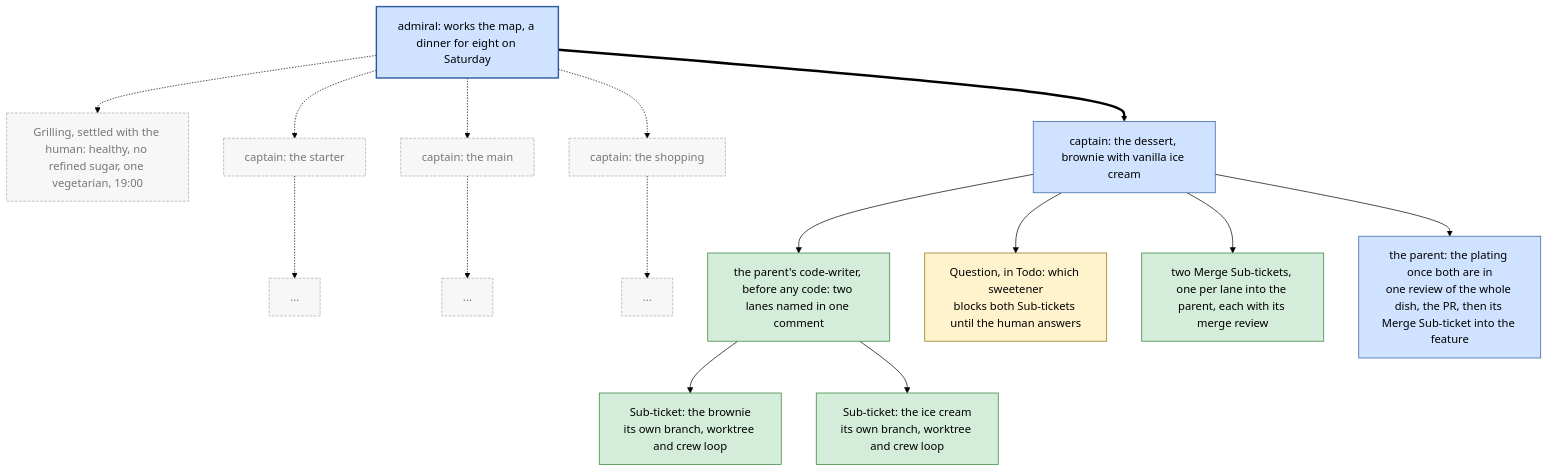
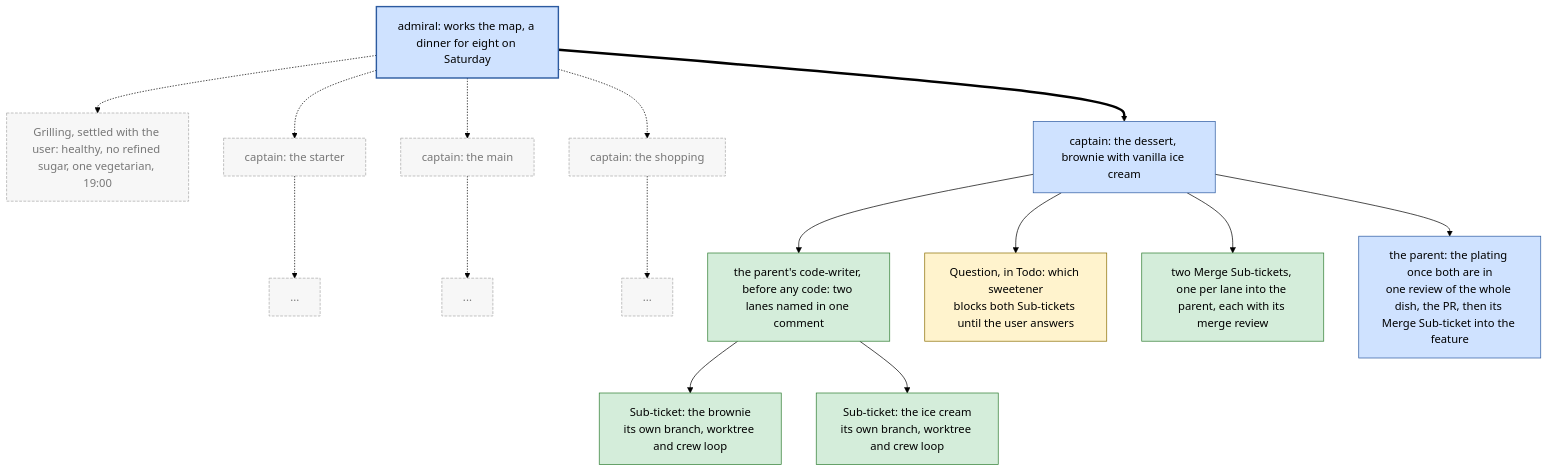
The third of 12 diagrams in dydo/understand/control-flow.md (bodnarbalazs/dydo), drawn with Mermaid (forest theme) before and after one commit. The commit also changed other lines of this file and 4 other files, not shown here.

````diff
--- a/dydo/understand/control-flow.md
+++ b/dydo/understand/control-flow.md
@@ -184,24 +184,24 @@
 ```mermaid
 flowchart TD
   classDef admiral fill:#cfe2ff,stroke:#2c5aa0,stroke-width:2px,color:#000
   classDef captain fill:#cfe2ff,stroke:#2c5aa0,color:#000
   classDef lane fill:#d4edda,stroke:#2e7d32,color:#000
   classDef way fill:#fff3cd,stroke:#8a6d00,color:#000
   classDef ghost fill:#f7f7f7,stroke:#aaa,color:#777,stroke-dasharray:4 2
 
   AD[admiral: works the map, a dinner for eight on Saturday]:::admiral
-  AD -.-> G[Grilling, settled with the human: healthy, no refined sugar, one vegetarian, 19:00]:::ghost
+  AD -.-> G[Grilling, settled with the user: healthy, no refined sugar, one vegetarian, 19:00]:::ghost
   AD -.-> C1[captain: the starter]:::ghost
   AD -.-> C2[captain: the main]:::ghost
   AD ==> C3[captain: the dessert, brownie with vanilla ice cream]:::captain
   AD -.-> C4[captain: the shopping]:::ghost
   C1 -.-> P1[...]:::ghost
   C2 -.-> P2[...]:::ghost
   C4 -.-> P4[...]:::ghost
   C3 --> S[the parent's code-writer, before any code: two lanes named in one comment]:::lane
   S --> L1[Sub-ticket: the brownie<br>its own branch, worktree and crew loop]:::lane
   S --> L2[Sub-ticket: the ice cream<br>its own branch, worktree and crew loop]:::lane
-  C3 --> Q[Question, in Todo: which sweetener<br>blocks both Sub-tickets until the human answers]:::way
+  C3 --> Q[Question, in Todo: which sweetener<br>blocks both Sub-tickets until the user answers]:::way
   C3 --> M[two Merge Sub-tickets, one per lane into the parent, each with its merge review]:::lane
   C3 --> W[the parent: the plating once both are in<br>one review of the whole dish, the PR, then its Merge Sub-ticket into the feature]:::captain
 ```
````
